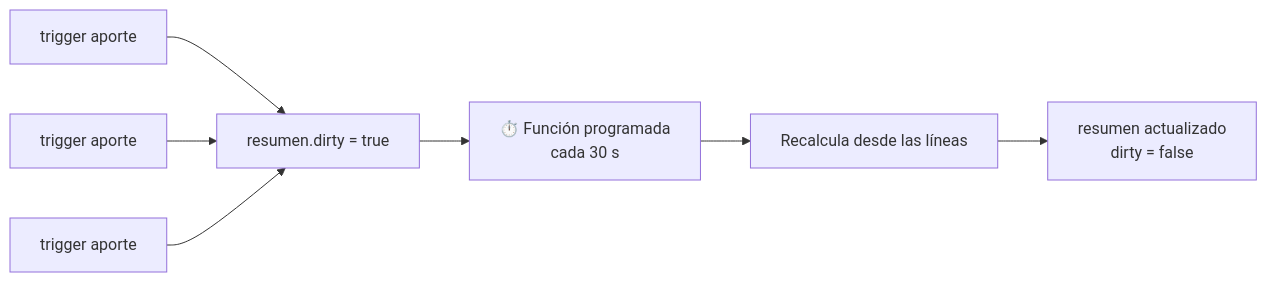
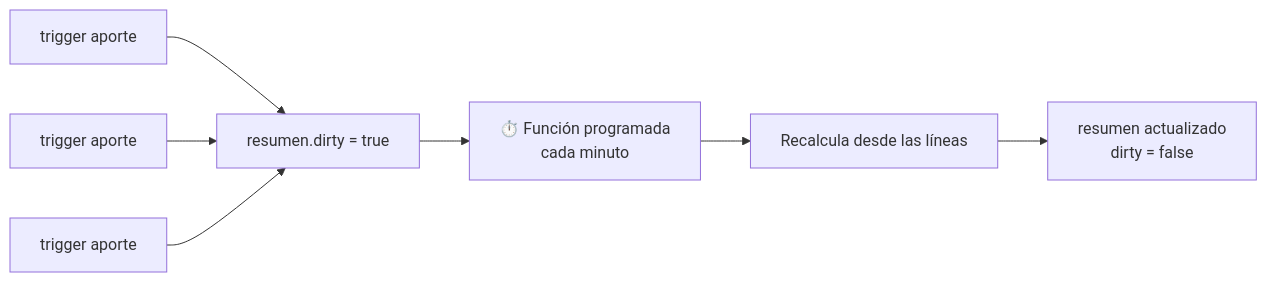
One commit to jab16jy/inventory-tally changed the fifth of 5 diagrams in docs/diseno/05-concurrencia-offline-tiempo-real.md. Above: the diagram before and after it, drawn with Mermaid. The commit also changed other lines of this file and 24 other files, not shown here.

````diff
--- a/docs/diseno/05-concurrencia-offline-tiempo-real.md
+++ b/docs/diseno/05-concurrencia-offline-tiempo-real.md
@@ -244,9 +251,9 @@
 ```mermaid
 flowchart LR
     T1["trigger aporte"] --> D["resumen.dirty = true"]
     T2["trigger aporte"] --> D
     T3["trigger aporte"] --> D
-    D --> SCH["⏱️ Función programada<br/>cada 30 s"]
+    D --> SCH["⏱️ Función programada<br/>cada minuto"]
     SCH --> CALC["Recalcula desde las líneas"]
     CALC --> R["resumen actualizado<br/>dirty = false"]
 ```
````
